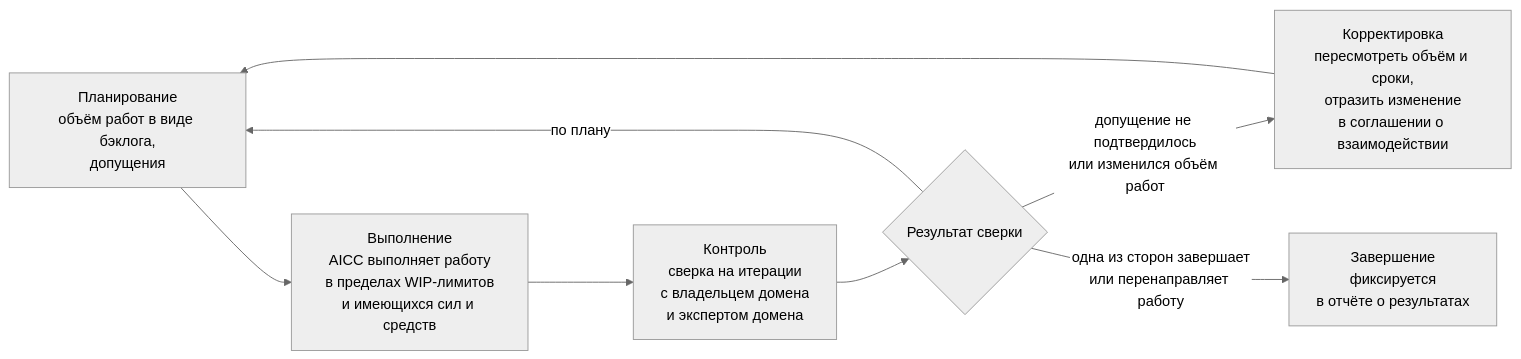
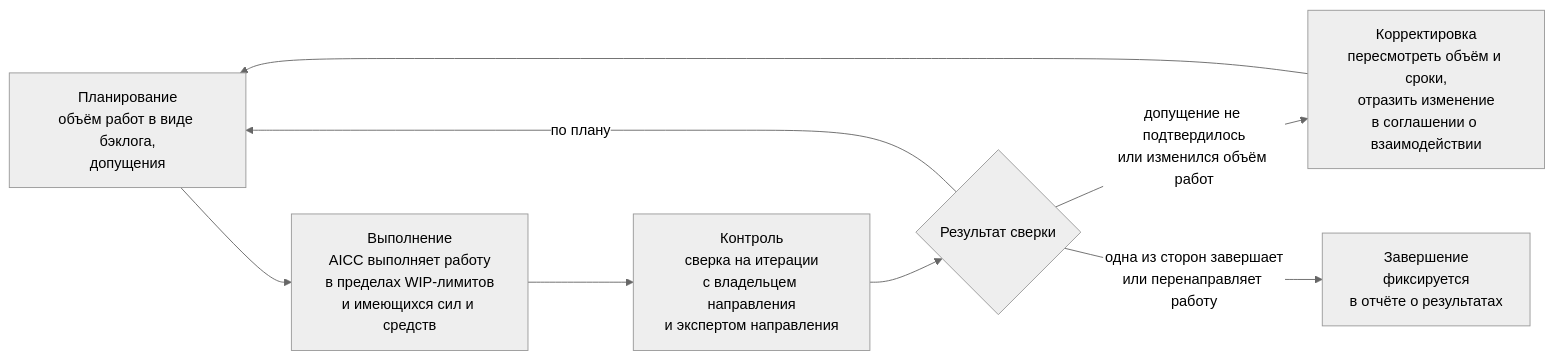
The third of 4 diagrams in charter/ru/guides/engagement-guide.md (devhogu/ob-aicc), drawn with Mermaid (neutral theme) before and after one commit. The commit also changed other lines of this file and 290 other files, not shown here.

````diff
--- a/charter/ru/guides/engagement-guide.md
+++ b/charter/ru/guides/engagement-guide.md
@@ -88,10 +88,10 @@
 ```mermaid
 flowchart LR
   PL["Планирование<br/>объём работ в виде бэклога,<br/>допущения"] --> DO["Выполнение<br/>AICC выполняет работу<br/>в пределах WIP-лимитов<br/>и имеющихся сил и средств"]
-  DO --> CH["Контроль<br/>сверка на итерации<br/>с владельцем домена<br/>и экспертом домена"]
+  DO --> CH["Контроль<br/>сверка на итерации<br/>с владельцем направления<br/>и экспертом направления"]
   CH --> DEC{"Результат сверки"}
   DEC -->|"по плану"| PL
   DEC -->|"допущение не подтвердилось<br/>или изменился объём работ"| AM["Корректировка<br/>пересмотреть объём и сроки,<br/>отразить изменение<br/>в соглашении о взаимодействии"]
   AM --> PL
   DEC -->|"одна из сторон завершает<br/>или перенаправляет работу"| EN["Завершение<br/>фиксируется<br/>в отчёте о результатах"]
 ```
````
